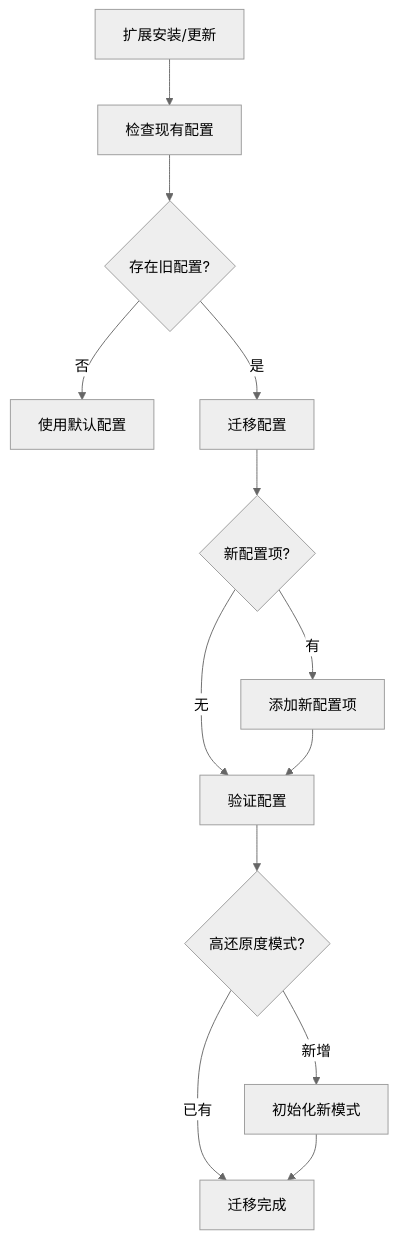
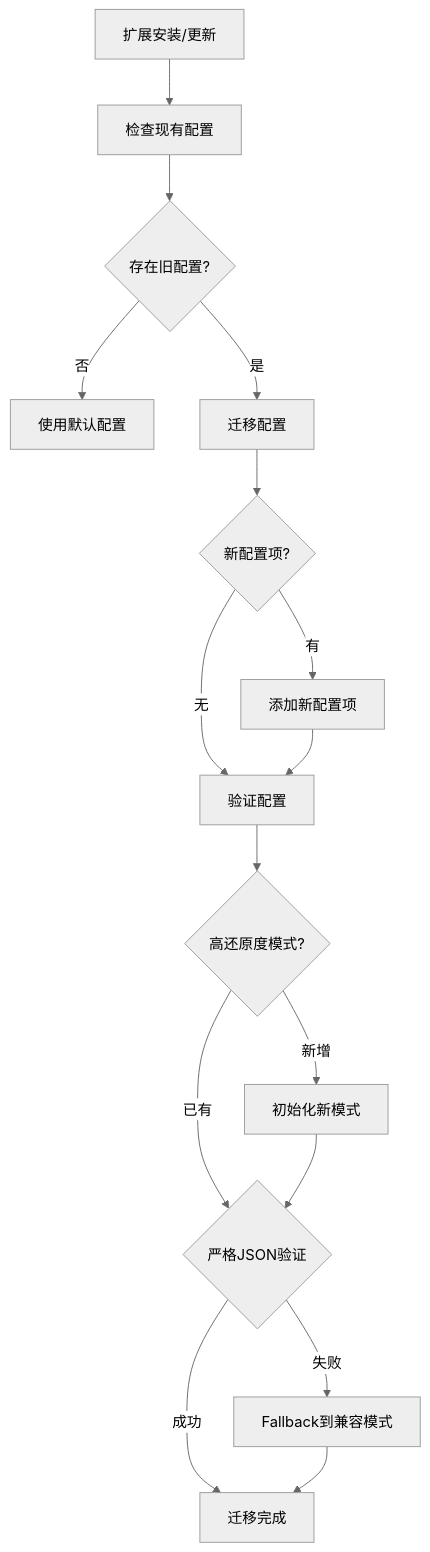
Before and after one commit to binasi/Img2Prompt: diagram 11 of 11 in .qoder/repowiki/zh/content/技术架构/核心模块分析/配置管理模块 (config.js).md, drawn with Mermaid (neutral theme). The commit also changed other lines of this file and 8 other files, not shown here.

````diff
--- a/.qoder/repowiki/zh/content/技术架构/核心模块分析/配置管理模块 (config.js).md
+++ b/.qoder/repowiki/zh/content/技术架构/核心模块分析/配置管理模块 (config.js).md
@@ -602,15 +678,18 @@
 ```mermaid
 flowchart TD
 Install[扩展安装/更新] --> Check[检查现有配置]
 Check --> HasConfig{存在旧配置?}
 HasConfig --> |否| Default[使用默认配置]
 HasConfig --> |是| Migrate[迁移配置]
 Migrate --> NewKeys{新配置项?}
 NewKeys --> |有| AddKeys[添加新配置项]
 NewKeys --> |无| Validate[验证配置]
 AddKeys --> Validate
 Validate --> RecreateMode{高还原度模式?}
 RecreateMode --> |新增| InitMode[初始化新模式]
-RecreateMode --> |已有| Complete[迁移完成]
-InitMode --> Complete
+RecreateMode --> |已有| StrictJSON{严格JSON验证}
+InitMode --> StrictJSON
+StrictJSON --> |失败| Fallback[Fallback到兼容模式]
+StrictJSON --> |成功| Complete[迁移完成]
+Fallback --> Complete
 ```
````
